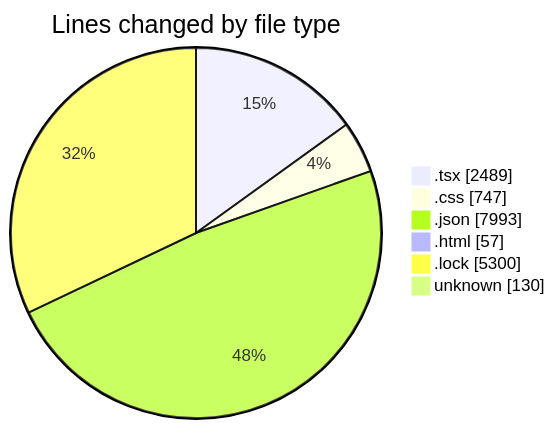
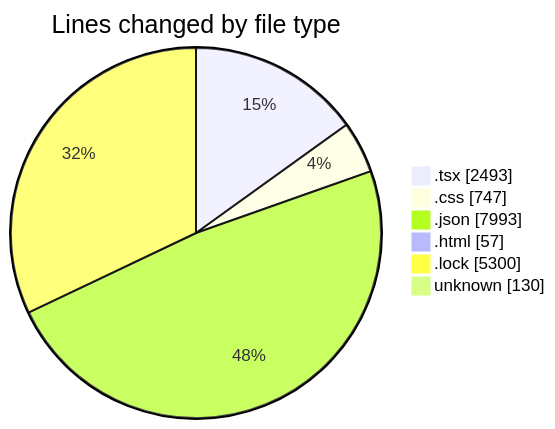
One commit to EIIisD/code-tracking changed the first of 2 diagrams in 2025-08-12/ribbon/README.md. Above: the diagram before and after it, drawn with Mermaid. The commit also changed other lines of this file and 1 other file, not shown here.

````diff
--- a/2025-08-12/ribbon/README.md
+++ b/2025-08-12/ribbon/README.md
@@ -38,10 +38,10 @@
 ```mermaid
 pie showData
 title Lines changed by file type
-".tsx" : 2489
+".tsx" : 2493
 ".css" : 747
 ".json" : 7993
 ".html" : 57
 ".lock" : 5300
 "unknown" : 130
 ```
````
